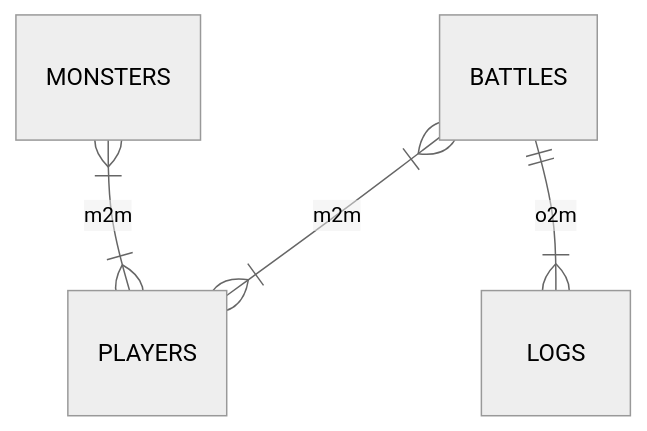
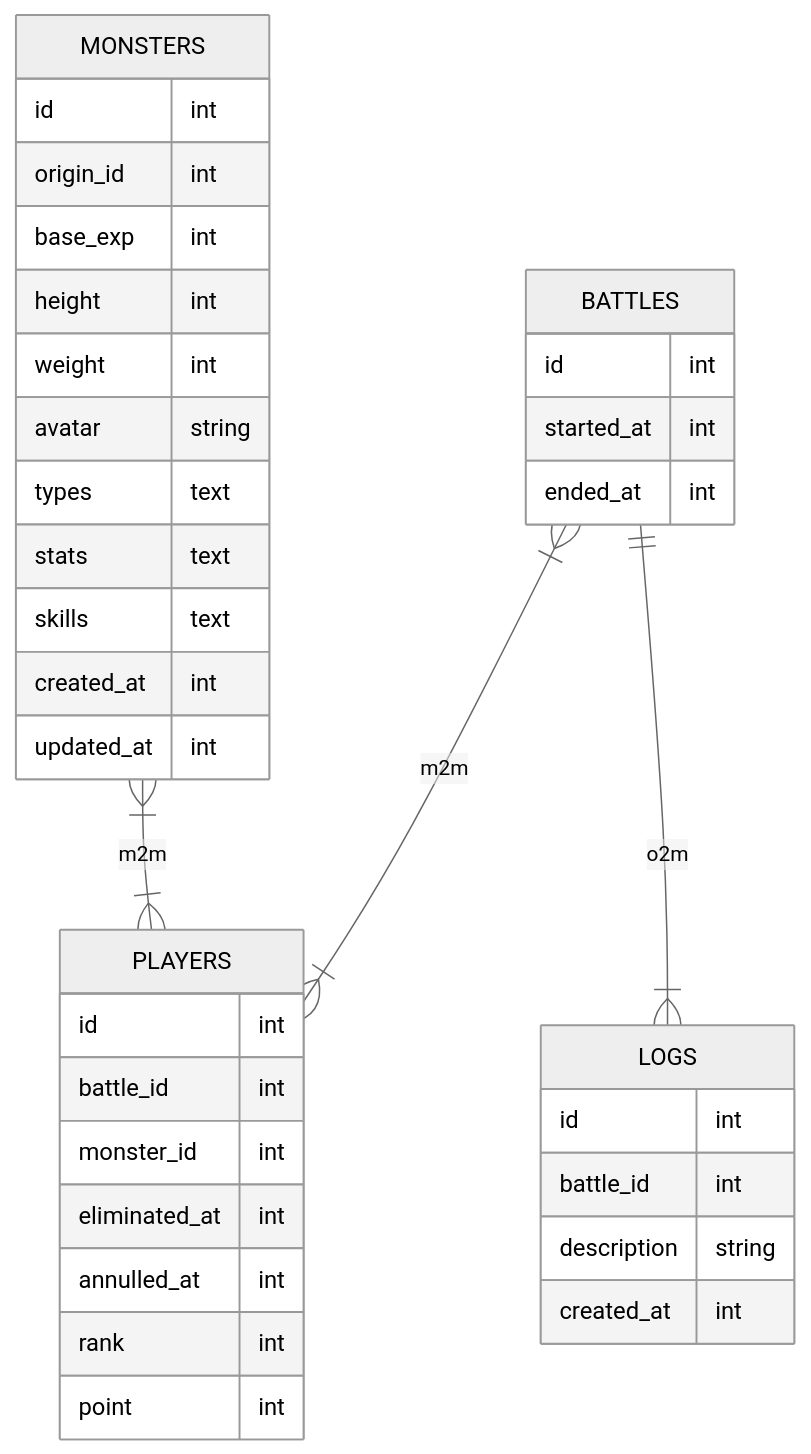
Before and after one commit to aasumitro/pokewar: the first of 2 diagrams in README.md, drawn with Mermaid (neutral theme). The commit also changed other lines of this file and 43 other files, not shown here.

````diff
--- a/README.md
+++ b/README.md
@@ -57,12 +59,41 @@
 ```mermaid
 erDiagram
-    MONSTERS {}
+    MONSTERS {
+        id int  
+        origin_id int
+        base_exp int
+        height int
+        weight int 
+        avatar string
+        types text
+        stats text
+        skills text 
+        created_at int
+        updated_at int
+    }
     
-    BATTLES {}
-    PLAYERS {}
-    LOGS {}
+    BATTLES {
+        id int
+        started_at int
+        ended_at int
+    }
+    PLAYERS {
+        id int
+        battle_id int
+        monster_id int
+        eliminated_at int 
+        annulled_at int
+        rank int
+        point int
+    }
+    LOGS {
+        id int
+        battle_id int
+        description string
+        created_at int
+    }
     
     BATTLES }|--|{ PLAYERS : m2m
     BATTLES ||--|{ LOGS : o2m
     MONSTERS }|--|{ PLAYERS : m2m
 ```
````
